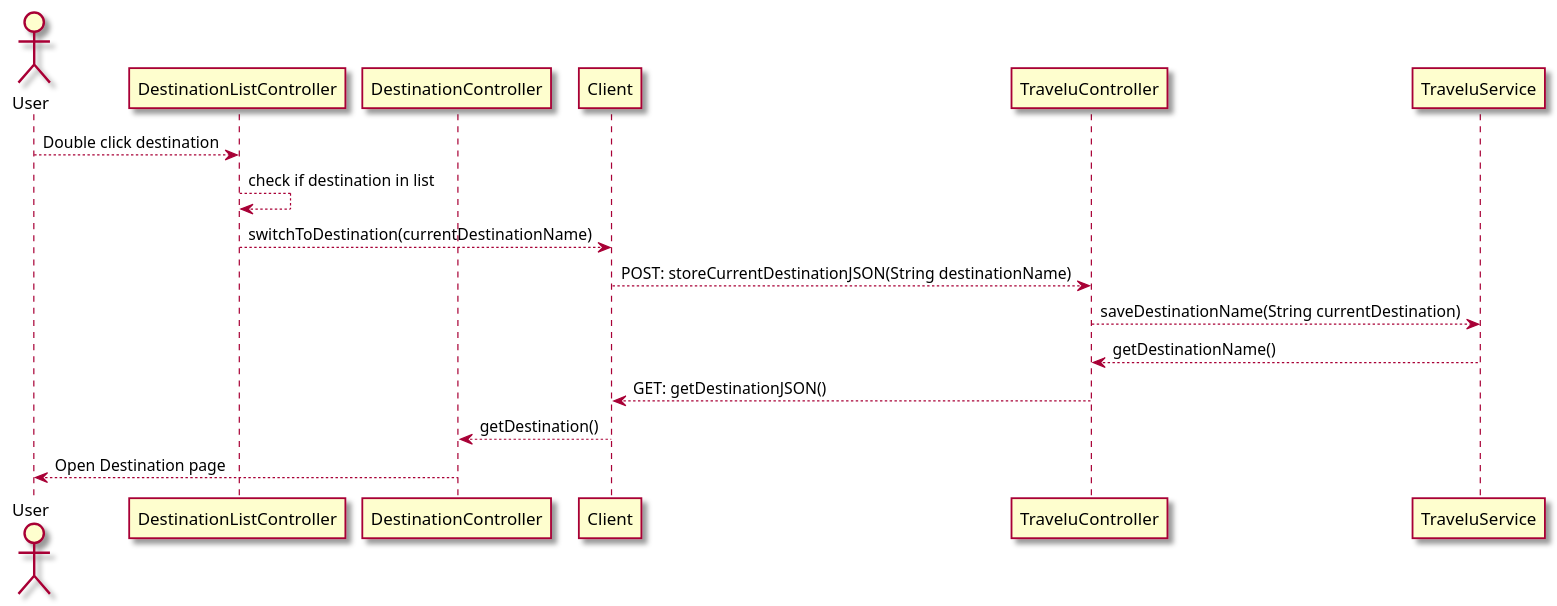
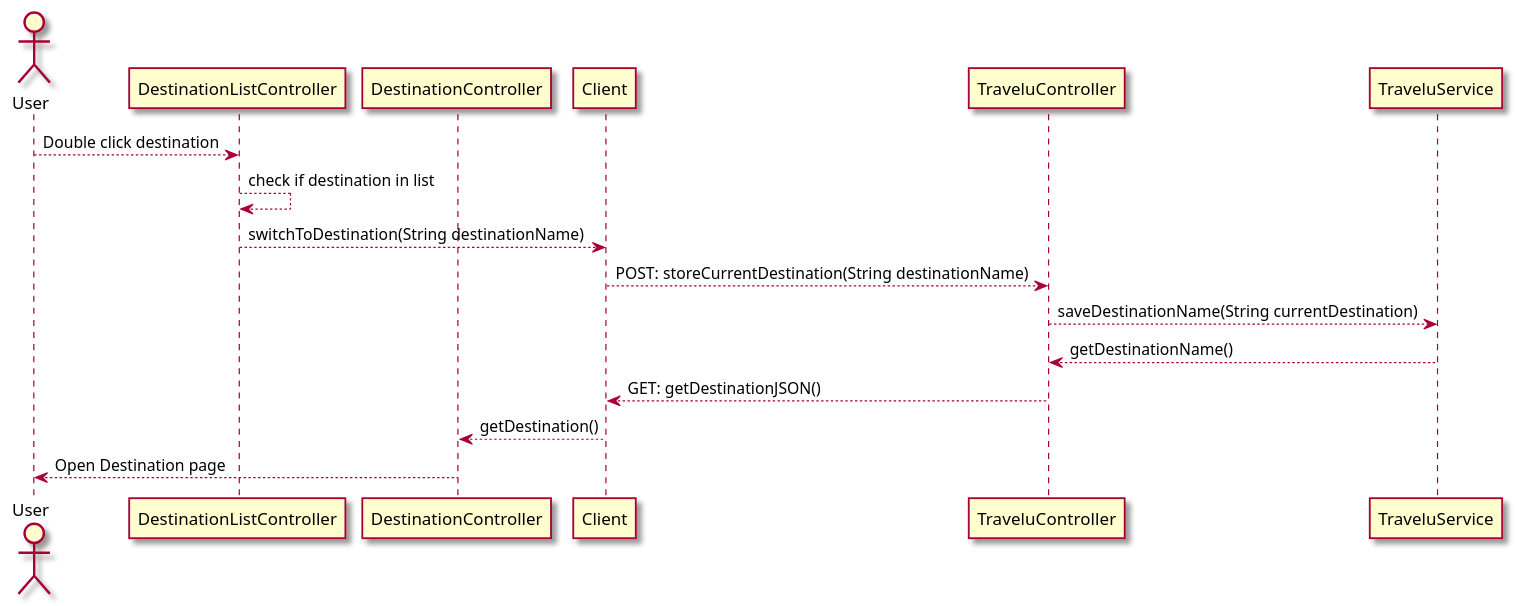
One commit to tbwiik/Travelu changed the diagram in docs/sequenceDiagram.plantuml. Above: the diagram before and after it, drawn with PlantUML. The commit also changed 1 other file, not shown here.

```diff
--- a/docs/sequenceDiagram.plantuml
+++ b/docs/sequenceDiagram.plantuml
@@ -1,20 +1,20 @@
 @startuml sequenceDiagram
 skin rose
 actor User as user
 participant "DestinationListController" as destListCon
 participant "DestinationController" as destCon
 participant "Client" as client
 participant "TraveluController" as tcon
 participant "TraveluService" as tser
 
 user --> destListCon : Double click destination
 destListCon --> destListCon : check if destination in list
-destListCon --> client : switchToDestination(currentDestinationName)
-client --> tcon : POST: storeCurrentDestinationJSON(String destinationName)
+destListCon --> client : switchToDestination(String destinationName)
+client --> tcon : POST: storeCurrentDestination(String destinationName)
 tcon --> tser : saveDestinationName(String currentDestination)
-tser --> tcon : getDestinationName()    
+tser --> tcon : getDestinationName()
 tcon --> client : GET: getDestinationJSON()
-client --> destCon: getDestination()  
+client --> destCon: getDestination()
 destCon --> user : Open Destination page
 
 @enduml
```
